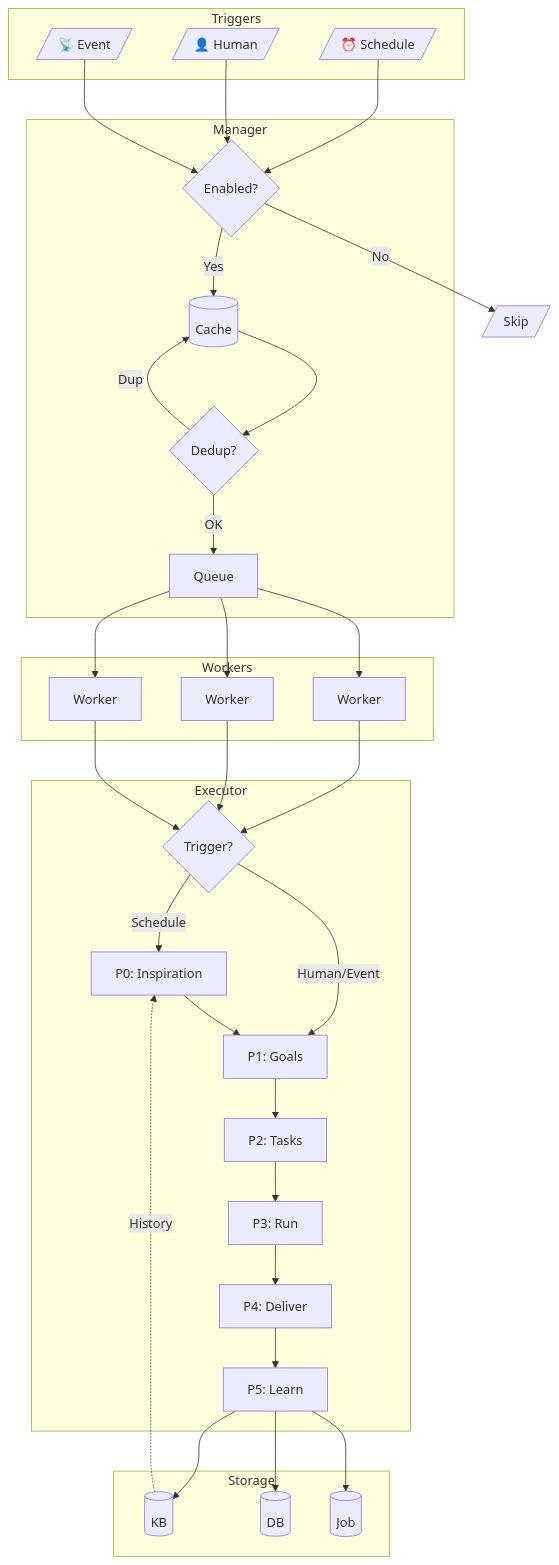
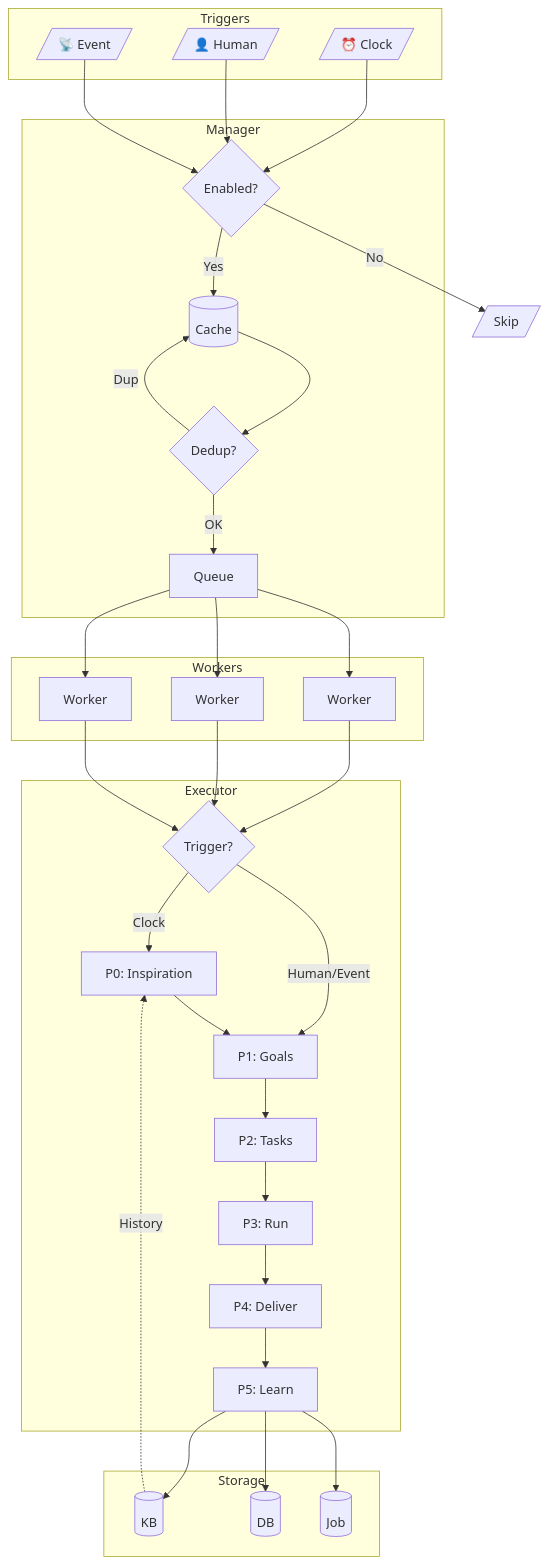
Before and after one commit to YaoApp/yao: the first of 5 diagrams in agent/autonomous/DESIGN.md, drawn with Mermaid. The commit also changed other lines of this file, not shown here.

First line of the commit message:
Update Autonomous Agent Design Document to Replace Schedule with Clock Trigger

````diff
--- a/agent/autonomous/DESIGN.md
+++ b/agent/autonomous/DESIGN.md
@@ -21,52 +21,52 @@
 ```mermaid
 flowchart TB
     subgraph Triggers["Triggers"]
-        WC[/"⏰ Schedule"/]
+        WC[/"⏰ Clock"/]
         HI[/"👤 Human"/]
         EV[/"📡 Event"/]
     end
 
     subgraph Manager["Manager"]
         TC{"Enabled?"}
         Cache[("Cache")]
         Dedup{"Dedup?"}
         Queue["Queue"]
     end
 
     subgraph Pool["Workers"]
         W1["Worker"]
         W2["Worker"]
         W3["Worker"]
     end
 
     subgraph Executor["Executor"]
         TT{"Trigger?"}
         P0["P0: Inspiration"]
         P1["P1: Goals"]
         P2["P2: Tasks"]
         P3["P3: Run"]
         P4["P4: Deliver"]
         P5["P5: Learn"]
     end
 
     subgraph Storage["Storage"]
         KB[("KB")]
         DB[("DB")]
         Job[("Job")]
     end
 
     WC --> TC
     HI & EV --> TC
     TC -->|Yes| Cache
     TC -->|No| X[/Skip/]
     Cache --> Dedup
     Dedup -->|OK| Queue
     Dedup -->|Dup| Cache
     Queue --> W1 & W2 & W3
     W1 & W2 & W3 --> TT
-    TT -->|Schedule| P0
+    TT -->|Clock| P0
     TT -->|Human/Event| P1
     P0 --> P1 --> P2 --> P3 --> P4 --> P5
     P5 --> KB & DB & Job
     KB -.->|History| P0
 ```
````
